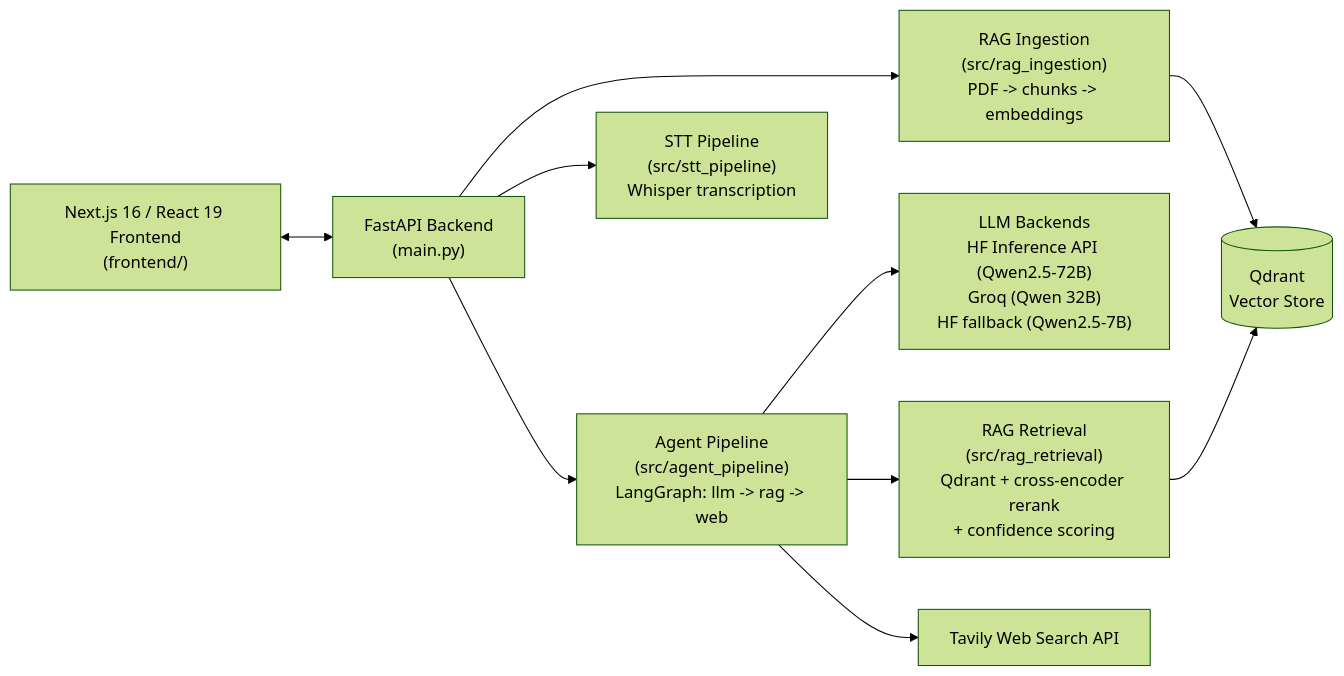
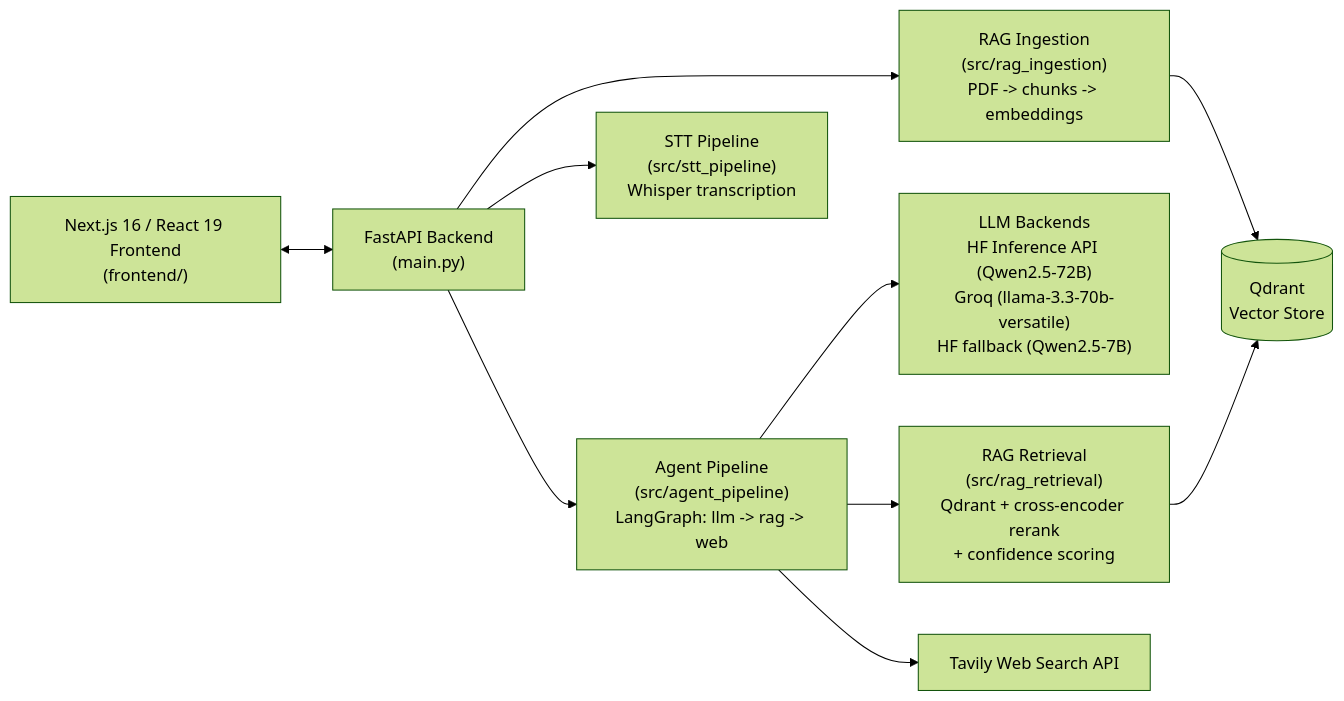
One commit to nour-hatem/AraCheck changed the second of 4 diagrams in README.md. Above: the diagram before and after it, drawn with Mermaid (forest theme). The commit also changed other lines of this file, not shown here.

````diff
--- a/README.md
+++ b/README.md
@@ -72,15 +125,15 @@
 ```mermaid
 flowchart LR
     FE["Next.js 16 / React 19 Frontend<br/>(frontend/)"] <--> API["FastAPI Backend<br/>(main.py)"]
 
     API --> AG["Agent Pipeline<br/>(src/agent_pipeline)<br/>LangGraph: llm -> rag -> web"]
     API --> ING["RAG Ingestion<br/>(src/rag_ingestion)<br/>PDF -> chunks -> embeddings"]
     API --> STT["STT Pipeline<br/>(src/stt_pipeline)<br/>Whisper transcription"]
 
-    AG --> LLM["LLM Backends<br/>HF Inference API (Qwen2.5-72B)<br/>Groq (Qwen 32B)<br/>HF fallback (Qwen2.5-7B)"]
+    AG --> LLM["LLM Backends<br/>HF Inference API (Qwen2.5-72B)<br/>Groq (llama-3.3-70b-versatile)<br/>HF fallback (Qwen2.5-7B)"]
     AG --> RET["RAG Retrieval<br/>(src/rag_retrieval)<br/>Qdrant + cross-encoder rerank<br/>+ confidence scoring"]
     AG --> WEB["Tavily Web Search API"]
 
     ING --> QD[("Qdrant<br/>Vector Store")]
     RET --> QD
 ```
````
